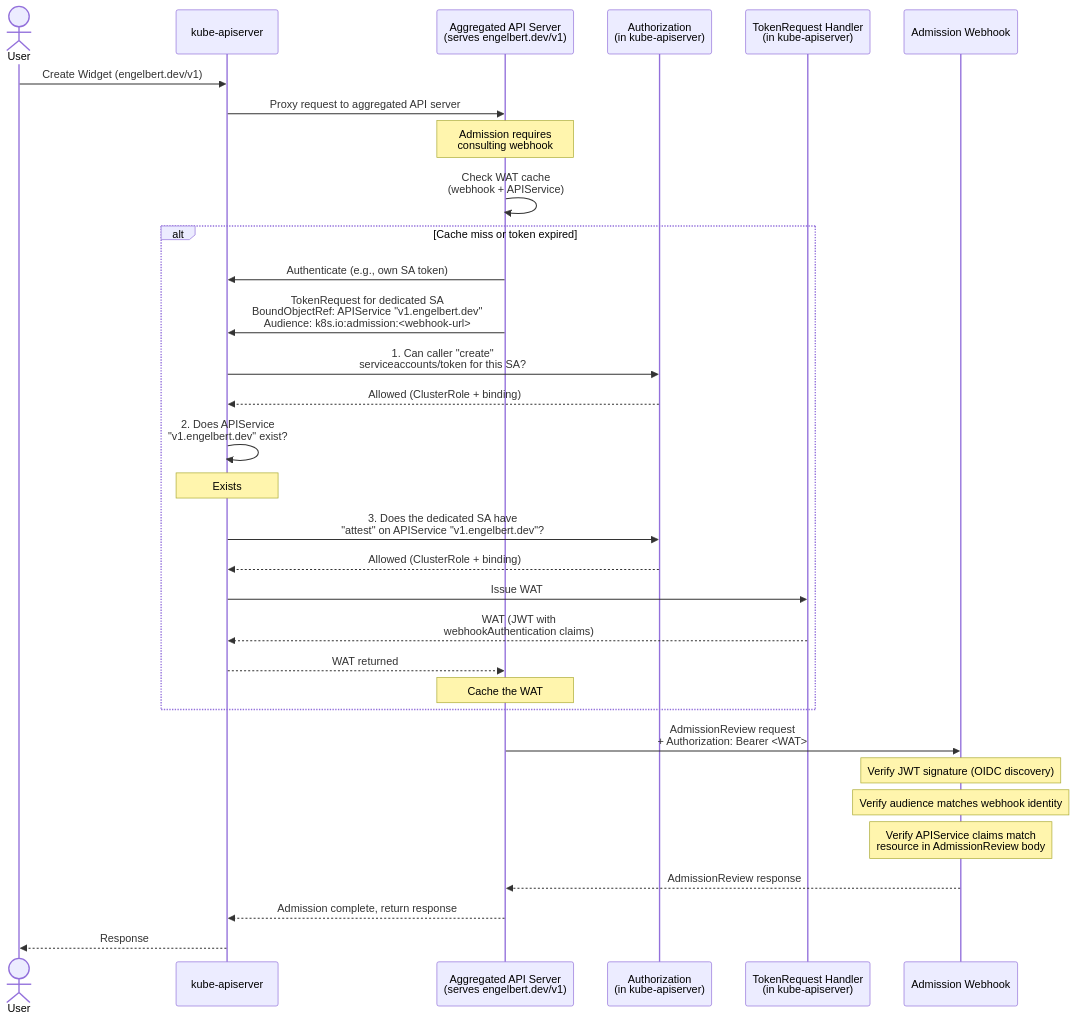
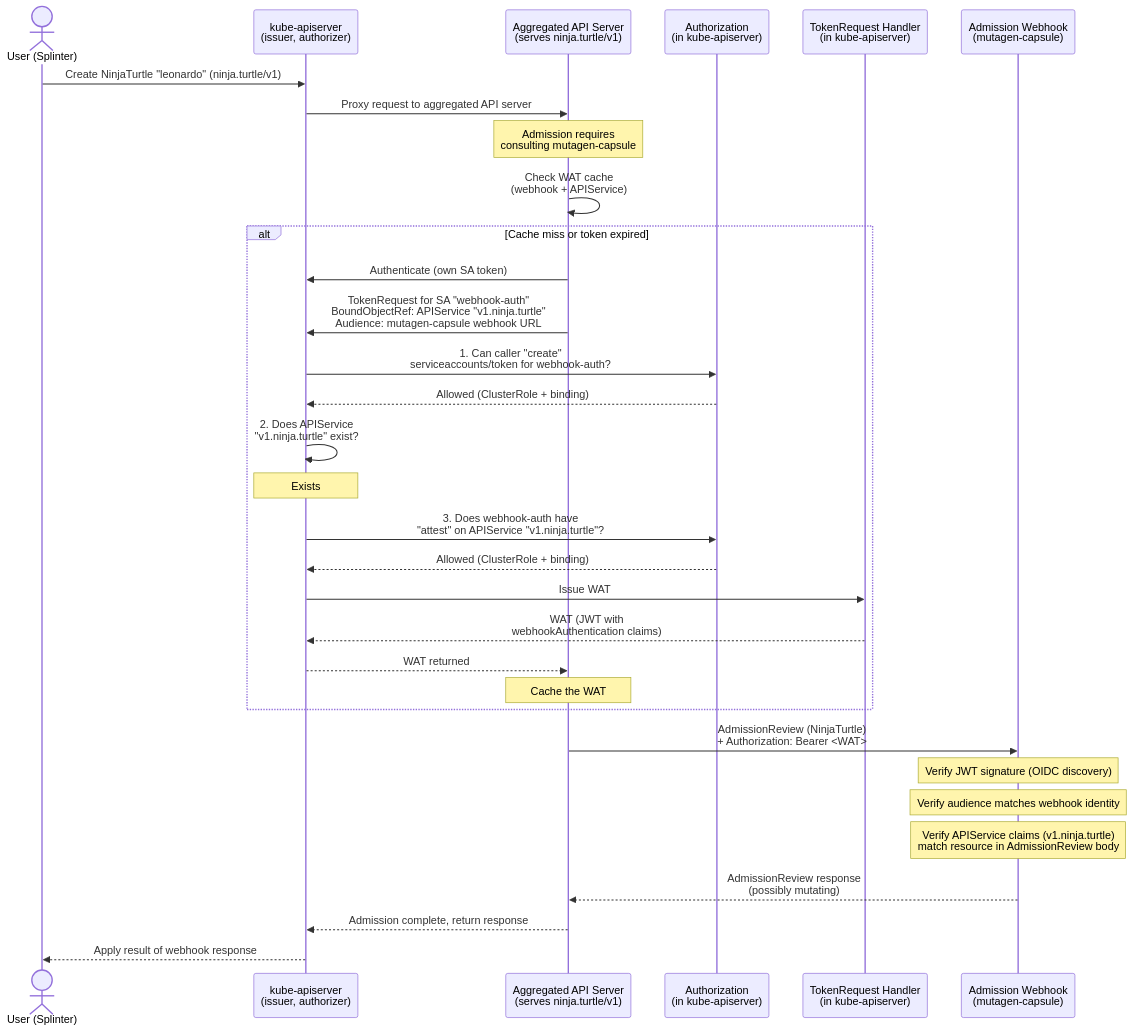
Before and after one commit to pmengelbert/enhancements: the second of 2 diagrams in keps/sig-auth/6060-api-server-authentication-to-webhooks/README.md, drawn with Mermaid. The commit also changed other lines of this file, not shown here.

Commit message:
mermaid diagram 1 and 2:revisions

````diff
--- a/keps/sig-auth/6060-api-server-authentication-to-webhooks/README.md
+++ b/keps/sig-auth/6060-api-server-authentication-to-webhooks/README.md
@@ -482,46 +529,46 @@
 ```mermaid
 sequenceDiagram
-    actor User
-    participant KAS as kube-apiserver
-    participant AAS as Aggregated API Server<br/>(serves engelbert.dev/v1)
+    actor Splinter as User (Splinter)
+    participant KAS as kube-apiserver<br/>(issuer, authorizer)
+    participant AAS as Aggregated API Server<br/>(serves ninja.turtle/v1)
     participant Authz as Authorization<br/>(in kube-apiserver)
     participant TokenReq as TokenRequest Handler<br/>(in kube-apiserver)
-    participant Webhook as Admission Webhook
+    participant Webhook as Admission Webhook<br/>(mutagen-capsule)
 
-    User->>KAS: Create Widget (engelbert.dev/v1)
+    Splinter->>KAS: Create NinjaTurtle "leonardo" (ninja.turtle/v1)
     KAS->>AAS: Proxy request to aggregated API server
 
-    Note over AAS: Admission requires<br/>consulting webhook
+    Note over AAS: Admission requires<br/>consulting mutagen-capsule
 
     AAS->>AAS: Check WAT cache<br/>(webhook + APIService)
     alt Cache miss or token expired
-        AAS->>KAS: Authenticate (e.g., own SA token)
+        AAS->>KAS: Authenticate (own SA token)
 
-        AAS->>KAS: TokenRequest for dedicated SA<br/>BoundObjectRef: APIService "v1.engelbert.dev"<br/>Audience: k8s.io:admission:<webhook-url>
+        AAS->>KAS: TokenRequest for SA "webhook-auth"<br/>BoundObjectRef: APIService "v1.ninja.turtle"<br/>Audience: mutagen-capsule webhook URL
 
-        KAS->>Authz: 1. Can caller "create"<br/>serviceaccounts/token for this SA?
+        KAS->>Authz: 1. Can caller "create"<br/>serviceaccounts/token for webhook-auth?
         Authz-->>KAS: Allowed (ClusterRole + binding)
 
-        KAS->>KAS: 2. Does APIService<br/>"v1.engelbert.dev" exist?
+        KAS->>KAS: 2. Does APIService<br/>"v1.ninja.turtle" exist?
         Note over KAS: Exists
 
-        KAS->>Authz: 3. Does the dedicated SA have<br/>"attest" on APIService "v1.engelbert.dev"?
+        KAS->>Authz: 3. Does webhook-auth have<br/>"attest" on APIService "v1.ninja.turtle"?
         Authz-->>KAS: Allowed (ClusterRole + binding)
 
         KAS->>TokenReq: Issue WAT
         TokenReq-->>KAS: WAT (JWT with<br/>webhookAuthentication claims)
 
         KAS-->>AAS: WAT returned
         Note over AAS: Cache the WAT
     end
 
-    AAS->>Webhook: AdmissionReview request<br/>+ Authorization: Bearer <WAT>
+    AAS->>Webhook: AdmissionReview (NinjaTurtle)<br/>+ Authorization: Bearer <WAT>
 
     Note over Webhook: Verify JWT signature (OIDC discovery)
     Note over Webhook: Verify audience matches webhook identity
-    Note over Webhook: Verify APIService claims match<br/>resource in AdmissionReview body
+    Note over Webhook: Verify APIService claims (v1.ninja.turtle)<br/>match resource in AdmissionReview body
 
-    Webhook-->>AAS: AdmissionReview response
+    Webhook-->>AAS: AdmissionReview response<br/>(possibly mutating)
     AAS-->>KAS: Admission complete, return response
-    KAS-->>User: Response
+    KAS-->>Splinter: Apply result of webhook response
 ```
````
